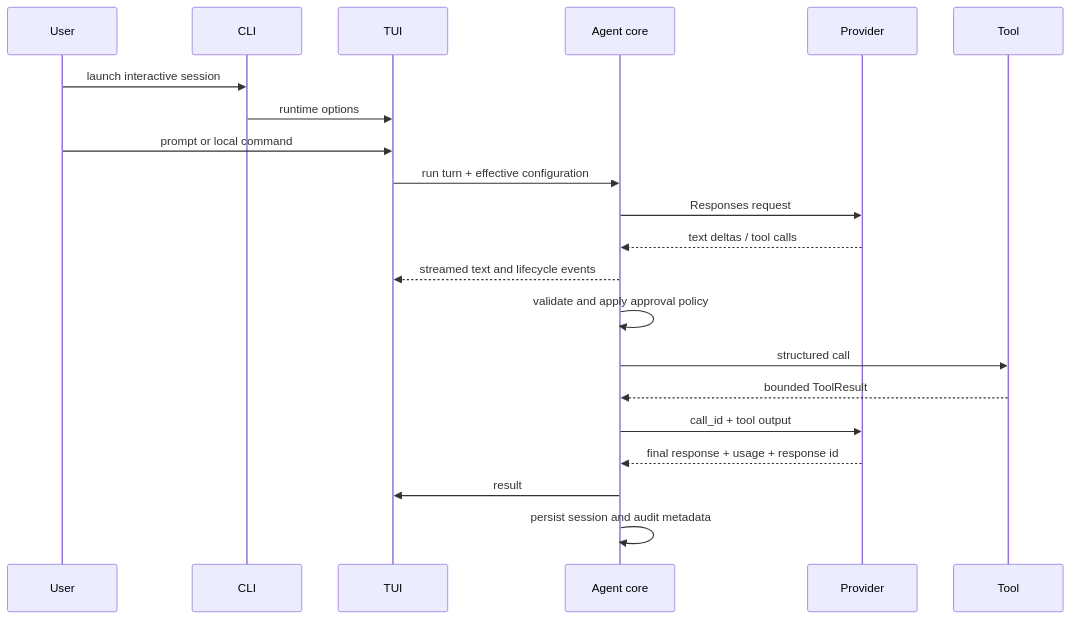
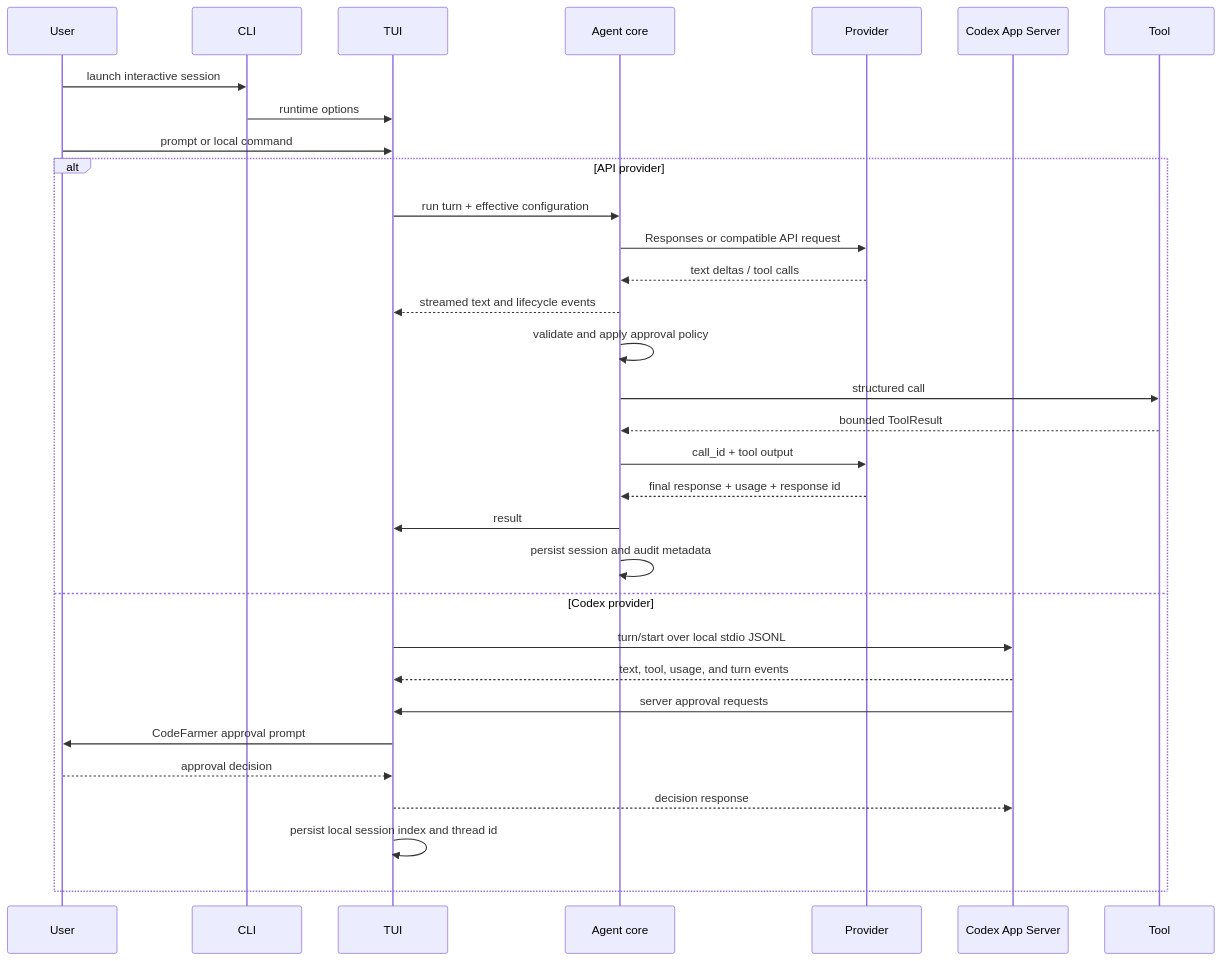
Before and after one commit to haitang000/codefarmer: the diagram in docs/ARCHITECTURE.md, drawn with Mermaid. The commit also changed other lines of this file and 13 other files, not shown here.

Commit message:
feat: add Codex App Server provider

````diff
--- a/docs/ARCHITECTURE.md
+++ b/docs/ARCHITECTURE.md
@@ -55,23 +56,34 @@
 ```mermaid
 sequenceDiagram
     participant User
     participant CLI
     participant TUI
     participant Core as Agent core
     participant Provider
+    participant AppServer as Codex App Server
     participant Tool
     User->>CLI: launch interactive session
     CLI->>TUI: runtime options
     User->>TUI: prompt or local command
+    alt API provider
     TUI->>Core: run turn + effective configuration
-    Core->>Provider: Responses request
+    Core->>Provider: Responses or compatible API request
     Provider-->>Core: text deltas / tool calls
     Core-->>TUI: streamed text and lifecycle events
     Core->>Core: validate and apply approval policy
     Core->>Tool: structured call
     Tool-->>Core: bounded ToolResult
     Core->>Provider: call_id + tool output
     Provider-->>Core: final response + usage + response id
     Core->>TUI: result
     Core->>Core: persist session and audit metadata
+    else Codex provider
+    TUI->>AppServer: turn/start over local stdio JSONL
+    AppServer-->>TUI: text, tool, usage, and turn events
+    AppServer->>TUI: server approval requests
+    TUI->>User: CodeFarmer approval prompt
+    User-->>TUI: approval decision
+    TUI-->>AppServer: decision response
+    TUI->>TUI: persist local session index and thread id
+    end
 ```
````
